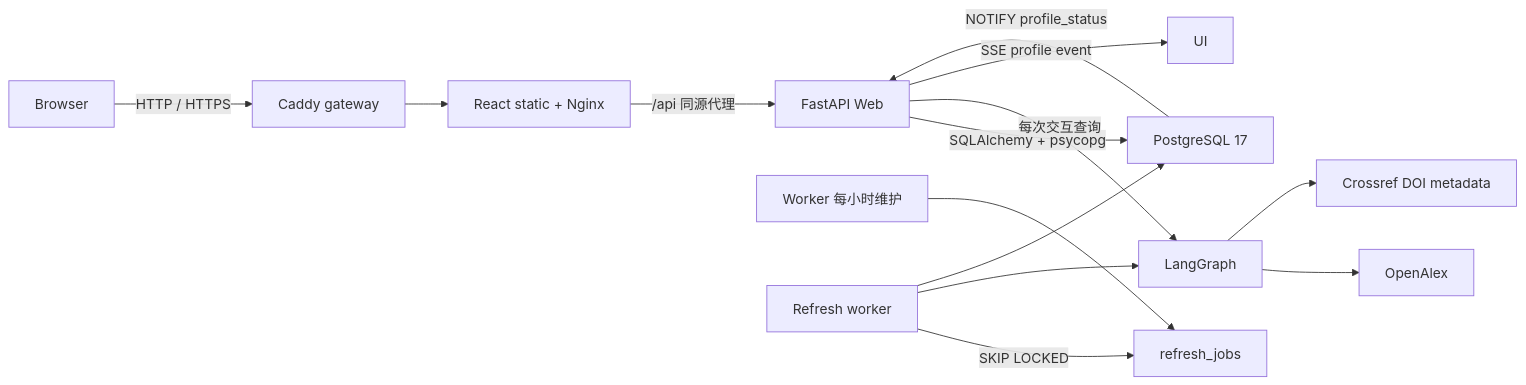
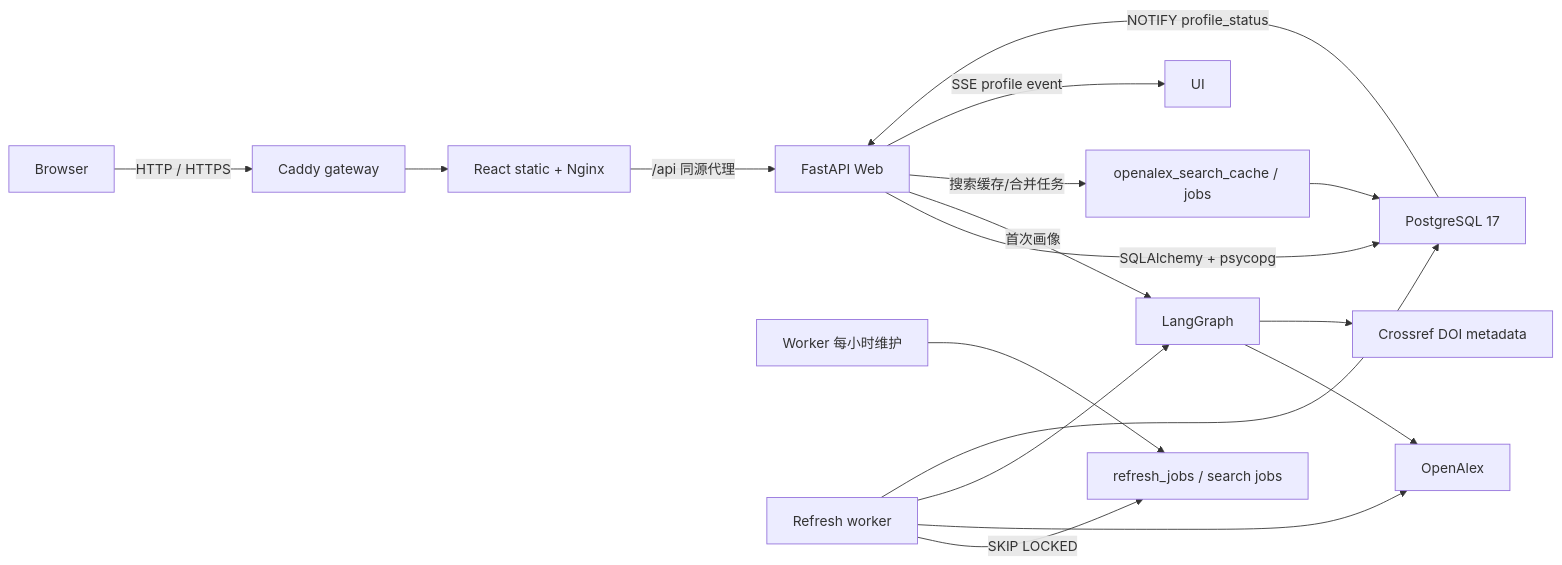
One commit to AlexYuanch/scholar_search changed the diagram in docs/ARCHITECTURE.md. Above: the diagram before and after it, drawn with Mermaid. The commit also changed other lines of this file and 21 other files, not shown here.

Commit message:
feat: scale scholar search with persistent cache

````diff
--- a/docs/ARCHITECTURE.md
+++ b/docs/ARCHITECTURE.md
@@ -5,16 +5,19 @@
 ```mermaid
 flowchart LR
   CLIENT["Browser"] -->|"HTTP / HTTPS"| CADDY["Caddy gateway"]
   CADDY --> NGINX["React static + Nginx"]
   NGINX -->|"/api 同源代理"| API["FastAPI Web"]
   API -->|"SQLAlchemy + psycopg"| PG["PostgreSQL 17"]
-  API -->|"每次交互查询"| WF["LangGraph"]
+  API -->|"首次画像"| WF["LangGraph"]
+  API -->|"搜索缓存/合并任务"| SEARCH["openalex_search_cache / jobs"]
+  SEARCH --> PG
   WF --> OA["OpenAlex"]
   WF --> CR["Crossref DOI metadata"]
-  MAINT["Worker 每小时维护"] --> JOB["refresh_jobs"]
+  MAINT["Worker 每小时维护"] --> JOB["refresh_jobs / search jobs"]
   WORKER["Refresh worker"] -->|"SKIP LOCKED"| JOB
+  WORKER --> OA
   WORKER --> WF
   WORKER --> PG
   PG -->|"NOTIFY profile_status"| API
   API -->|"SSE profile event"| UI
 ```
````
